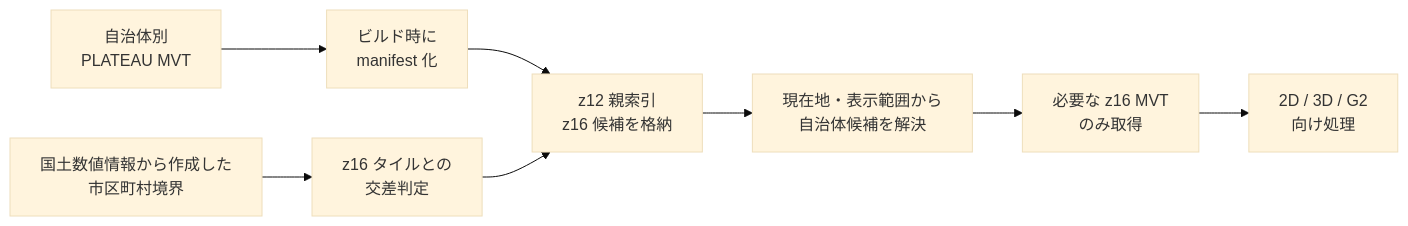
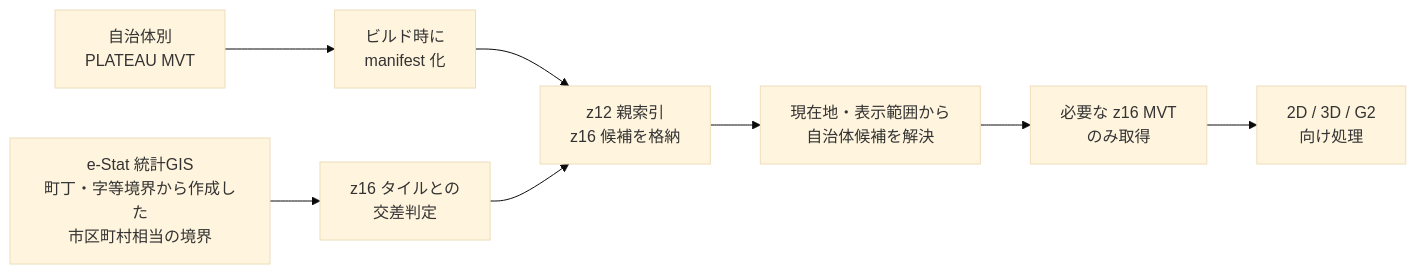
The first of 7 diagrams in presentation/README.md (Kuwa-ya/202610-PLATEAU-MVT-Research), drawn with Mermaid (base theme) before and after one commit. The commit also changed other lines of this file and 25 other files, not shown here.

````diff
--- a/presentation/README.md
+++ b/presentation/README.md
@@ -62,10 +79,10 @@
 ```mermaid
 flowchart LR
   A[自治体別<br/>PLATEAU MVT] --> B[ビルド時に<br/>manifest 化]
-  C[国土数値情報から作成した<br/>市区町村境界] --> D[z16 タイルとの<br/>交差判定]
+  C[e-Stat 統計GIS<br/>町丁・字等境界から作成した<br/>市区町村相当の境界] --> D[z16 タイルとの<br/>交差判定]
   B --> E[z12 親索引<br/>z16 候補を格納]
   D --> E
   E --> F[現在地・表示範囲から<br/>自治体候補を解決]
   F --> G[必要な z16 MVT<br/>のみ取得]
   G --> H[2D / 3D / G2<br/>向け処理]
 ```
````
